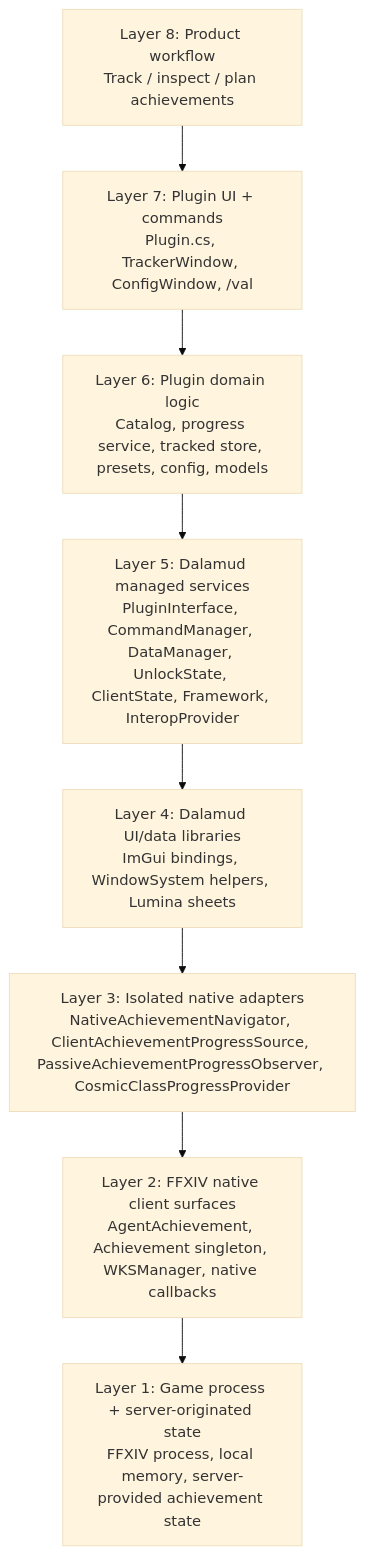
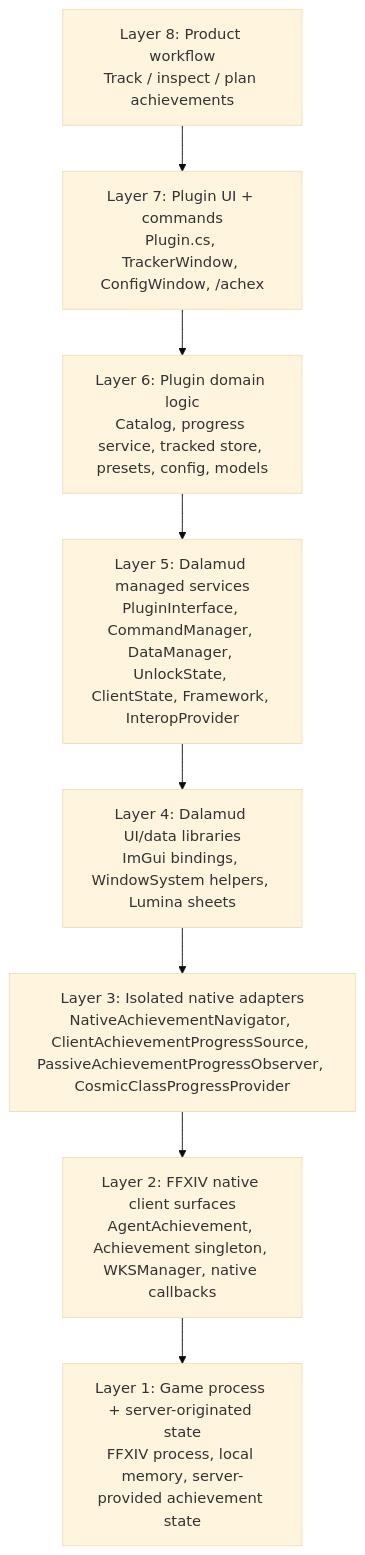
One commit to vauxra/veelas-achievement-ledger changed the diagram in map/09-dalamud-layer-model.md. Above: the diagram before and after it, drawn with Mermaid (base theme). The commit also changed other lines of this file and 32 other files, not shown here.

````diff
--- a/map/09-dalamud-layer-model.md
+++ b/map/09-dalamud-layer-model.md
@@ -81,13 +81,13 @@
 ```mermaid
 flowchart TB
     L8["Layer 8: Product workflow\nTrack / inspect / plan achievements"]
-    L7["Layer 7: Plugin UI + commands\nPlugin.cs, TrackerWindow, ConfigWindow, /val"]
+    L7["Layer 7: Plugin UI + commands\nPlugin.cs, TrackerWindow, ConfigWindow, /achex"]
     L6["Layer 6: Plugin domain logic\nCatalog, progress service, tracked store, presets, config, models"]
     L5["Layer 5: Dalamud managed services\nPluginInterface, CommandManager, DataManager, UnlockState, ClientState, Framework, InteropProvider"]
     L4["Layer 4: Dalamud UI/data libraries\nImGui bindings, WindowSystem helpers, Lumina sheets"]
     L3["Layer 3: Isolated native adapters\nNativeAchievementNavigator, ClientAchievementProgressSource, PassiveAchievementProgressObserver, CosmicClassProgressProvider"]
     L2["Layer 2: FFXIV native client surfaces\nAgentAchievement, Achievement singleton, WKSManager, native callbacks"]
     L1["Layer 1: Game process + server-originated state\nFFXIV process, local memory, server-provided achievement state"]
 
     L8 --> L7 --> L6 --> L5 --> L4 --> L3 --> L2 --> L1
 ```
````
